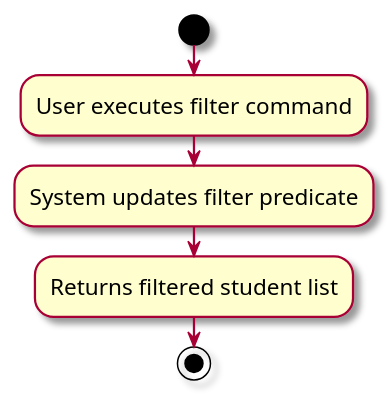
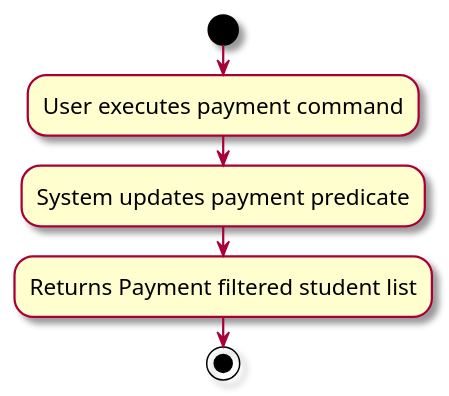
The diagram in docs/diagrams/PaymentActivityDiagram.puml (zoebelle-pang/tp), drawn with PlantUML before and after one commit. The commit also changed 5 other files, not shown here.

```diff
--- a/docs/diagrams/PaymentActivityDiagram.puml
+++ b/docs/diagrams/PaymentActivityDiagram.puml
@@ -1,14 +1,14 @@
 @startuml
 skin rose
 skinparam ActivityFontSize 15
 skinparam ArrowFontSize 12
 start
-:User executes filter command;
+:User executes payment command;
 
 'Since the beta syntax does not support placing the condition outside the
 'diamond we place it as the true branch instead.
 
-:System updates filter predicate;
-:Returns filtered student list;
+:System updates payment predicate;
+:Returns Payment filtered student list;
 stop
 @enduml
```
